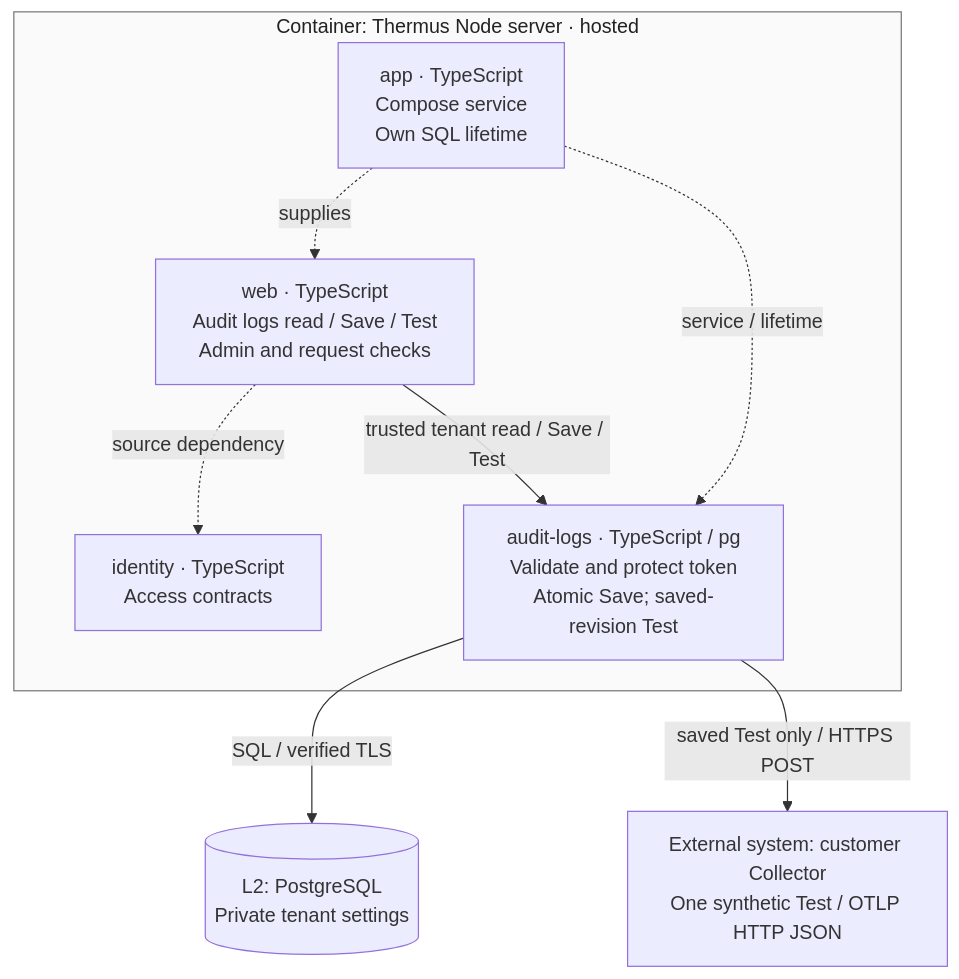
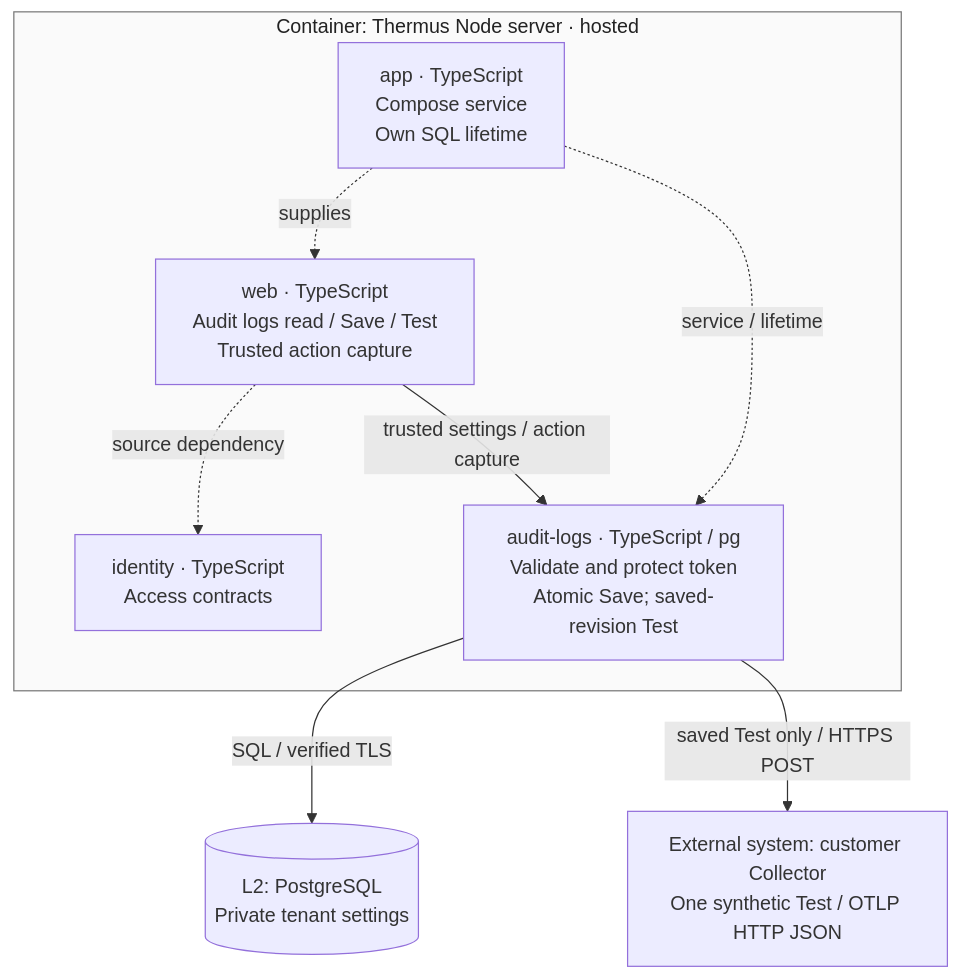
Before and after one commit to tomer-mayara/Thermus: the sixth of 13 diagrams in architecture/components.md, drawn with Mermaid. The commit also changed other lines of this file and 49 other files, not shown here.

Commit message:
feat(audit): capture bounded customer events and isolate System content

````diff
--- a/architecture/components.md
+++ b/architecture/components.md
@@ -248,18 +248,18 @@
 ```mermaid
 flowchart TB
   subgraph storage_server["Container: Thermus Node server · hosted"]
     storage_app["app · TypeScript<br/>Compose service<br/>Own SQL lifetime"]
-    storage_web["web · TypeScript<br/>Audit logs read / Save / Test<br/>Admin and request checks"]
+    storage_web["web · TypeScript<br/>Audit logs read / Save / Test<br/>Trusted action capture"]
     storage_identity["identity · TypeScript<br/>Access contracts"]
     storage_logging["audit-logs · TypeScript / pg<br/>Validate and protect token<br/>Atomic Save; saved-revision Test"]
   end
   storage_data[("L2: PostgreSQL<br/>Private tenant settings")]
   storage_collector["External system: customer Collector<br/>One synthetic Test / OTLP HTTP JSON"]
   storage_app -.->|supplies| storage_web
   storage_app -.->|service / lifetime| storage_logging
   storage_web -.->|source dependency| storage_identity
-  storage_web -->|trusted tenant read / Save / Test| storage_logging
+  storage_web -->|trusted settings / action capture| storage_logging
   storage_logging -->|SQL / verified TLS| storage_data
   storage_logging -->|saved Test only / HTTPS POST| storage_collector
   style storage_server fill:#fafafa,stroke:#777777,color:#222
 ```
````
